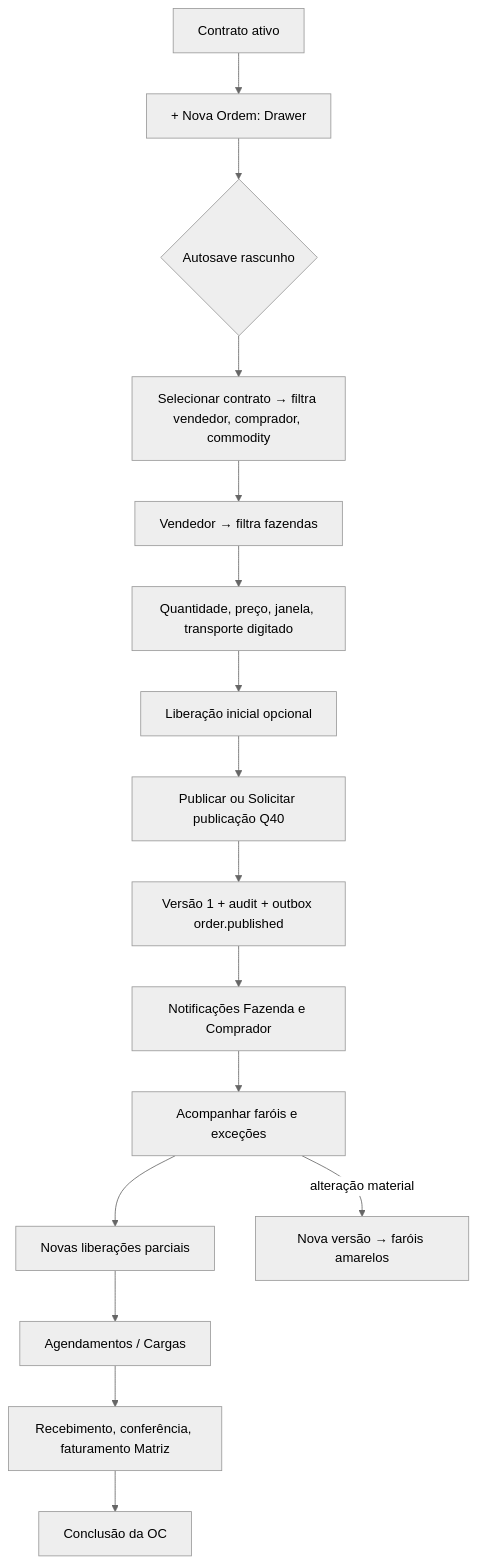
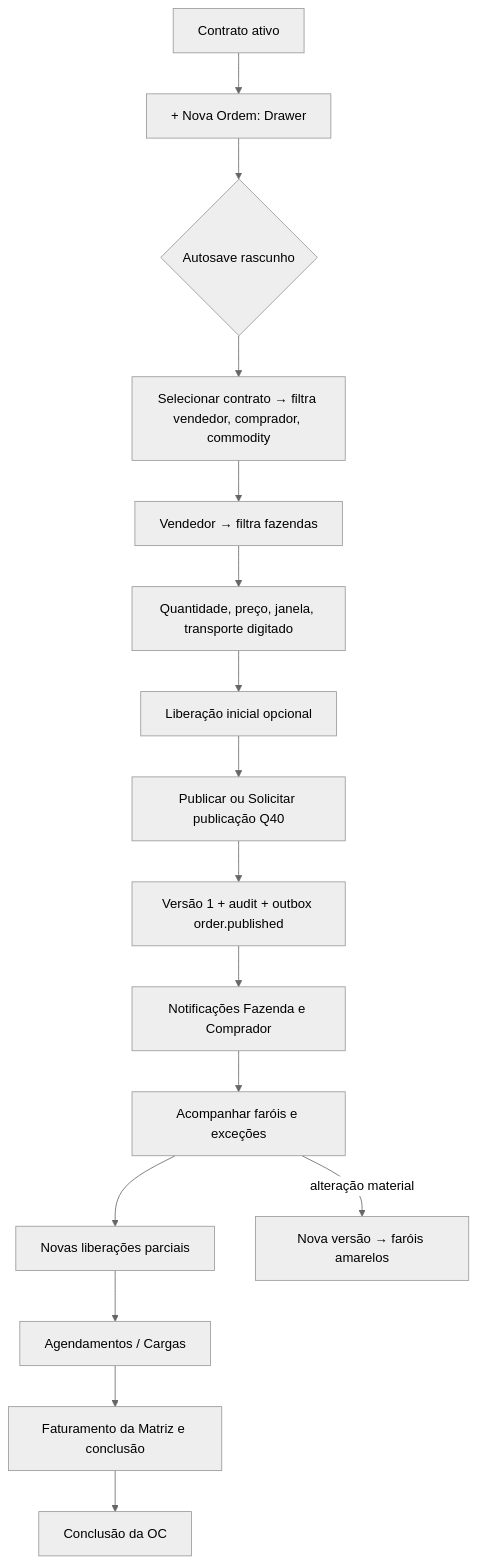
The fourth of 6 diagrams in docs/flows.md (antoniocavali/Ordens_2.0), drawn with Mermaid (neutral theme) before and after one commit. The commit also changed other lines of this file and 24 other files, not shown here.

````diff
--- a/docs/flows.md
+++ b/docs/flows.md
@@ -58,18 +58,18 @@
 ```mermaid
 flowchart TD
   A[Contrato ativo] --> B[+ Nova Ordem: Drawer]
   B --> C{Autosave rascunho}
   C --> D[Selecionar contrato → filtra vendedor, comprador, commodity]
   D --> E[Vendedor → filtra fazendas]
   E --> F[Quantidade, preço, janela, transporte digitado]
   F --> G[Liberação inicial opcional]
   G --> H[Publicar ou Solicitar publicação Q40]
   H --> I[Versão 1 + audit + outbox order.published]
   I --> J[Notificações Fazenda e Comprador]
   J --> K[Acompanhar faróis e exceções]
   K --> L[Novas liberações parciais]
   L --> M[Agendamentos / Cargas]
-  M --> N[Recebimento, conferência, faturamento Matriz]
+  M --> N[Faturamento da Matriz e conclusão]
   N --> O[Conclusão da OC]
   K -->|alteração material| P[Nova versão → faróis amarelos]
 ```
````
